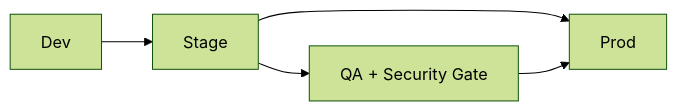
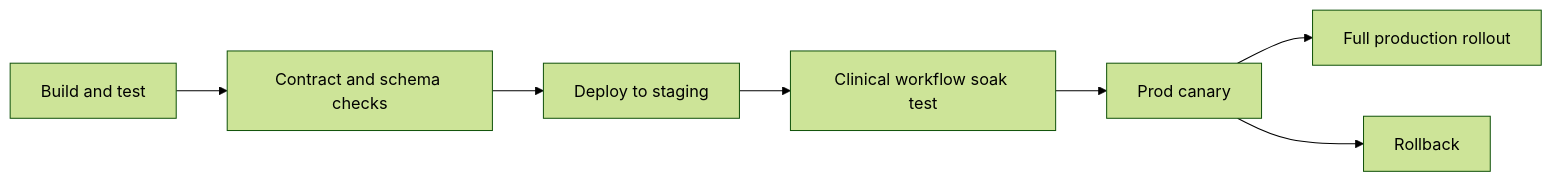
The second of 2 diagrams in Hospital Information System/infrastructure/deployment-diagram.md (0Ankit0/Project-Ideas), drawn with Mermaid (forest theme) before and after one commit. The commit also changed other lines of this file and 18 other files, not shown here.

````diff
--- a/Hospital Information System/infrastructure/deployment-diagram.md
+++ b/Hospital Information System/infrastructure/deployment-diagram.md
@@ -35,6 +63,9 @@
 ```mermaid
 flowchart LR
-    Dev --> Stage --> Prod
-    Stage --> Gate[QA + Security Gate]
-    Gate --> Prod
+    Build[Build and test] --> Contract[Contract and schema checks]
+    Contract --> Stage[Deploy to staging]
+    Stage --> Soak[Clinical workflow soak test]
+    Soak --> Canary[Prod canary]
+    Canary --> Full[Full production rollout]
+    Canary --> Rollback[Rollback]
 ```
````
